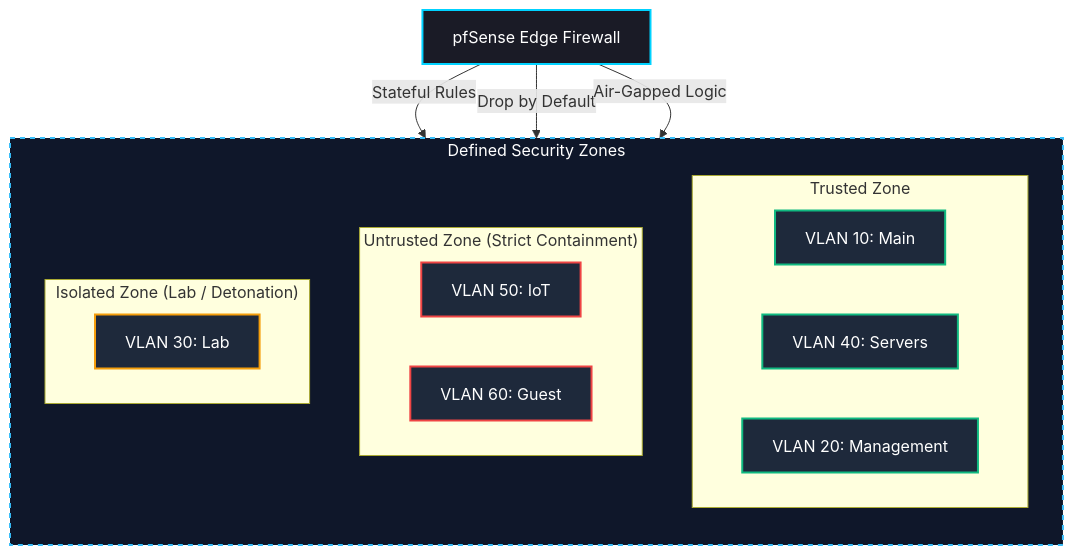
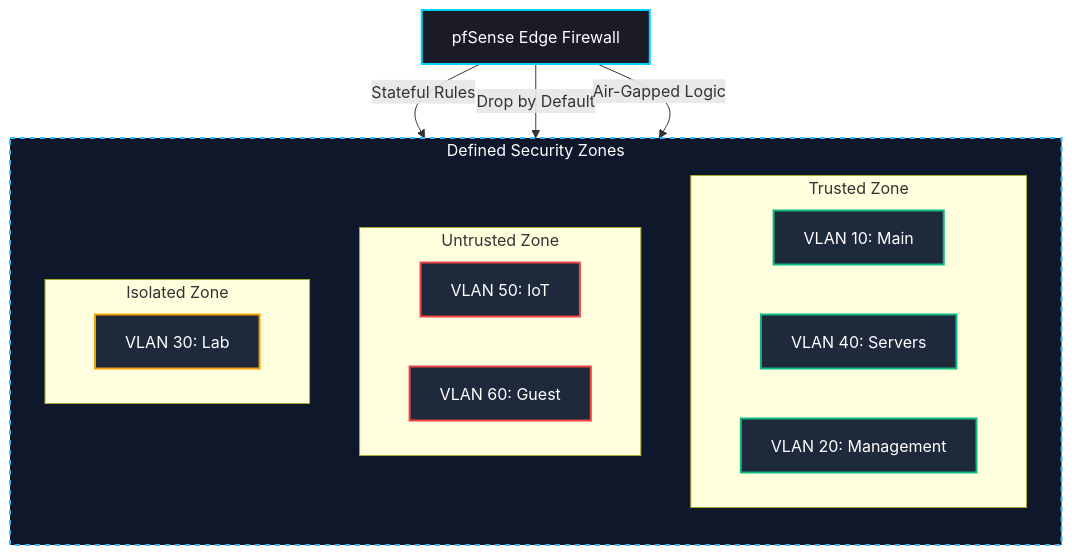
Before and after one commit to gurvinny/home-network-lab: the diagram in security/README.md, drawn with Mermaid.

Commit message:
docs: simplify subgraph titles in security diagram
Removes parenthetical descriptions from the Trusted, Untrusted, and Isolated Zone subgraph titles in `security/README.md` based on review feedback.

````diff
--- a/security/README.md
+++ b/security/README.md
@@ -22,38 +22,38 @@
 ```mermaid
 flowchart TB
     %% Cyber Sec Grey/Blue Theme Styling
     classDef firewall fill:#1a1b26,stroke:#00d2ff,stroke-width:2px,color:#ffffff;
     classDef zone fill:#0f172a,stroke:#38bdf8,stroke-width:2px,color:#ffffff,stroke-dasharray: 5 5;
     classDef trusted fill:#1e293b,stroke:#10b981,stroke-width:2px,color:#ffffff;
     classDef untrusted fill:#1e293b,stroke:#ef4444,stroke-width:2px,color:#ffffff;
     classDef isolated fill:#1e293b,stroke:#f59e0b,stroke-width:2px,color:#ffffff;
 
     FW["pfSense Edge Firewall"]:::firewall
 
     subgraph Security_Zones ["Defined Security Zones"]
         direction TB
 
         subgraph Trusted_Zone ["Trusted Zone"]
             direction LR
             VLAN10["VLAN 10: Main"]:::trusted
             VLAN40["VLAN 40: Servers"]:::trusted
             VLAN20["VLAN 20: Management"]:::trusted
         end
 
-        subgraph Untrusted_Zone ["Untrusted Zone (Strict Containment)"]
+        subgraph Untrusted_Zone ["Untrusted Zone"]
             direction LR
             VLAN50["VLAN 50: IoT"]:::untrusted
             VLAN60["VLAN 60: Guest"]:::untrusted
         end
 
-        subgraph Isolated_Zone ["Isolated Zone (Lab / Detonation)"]
+        subgraph Isolated_Zone ["Isolated Zone"]
             direction LR
             VLAN30["VLAN 30: Lab"]:::isolated
         end
     end
     class Security_Zones zone;
 
     FW -->|"Stateful Rules"| Trusted_Zone
     FW -->|"Drop by Default"| Untrusted_Zone
     FW -->|"Air-Gapped Logic"| Isolated_Zone
 ```
````
